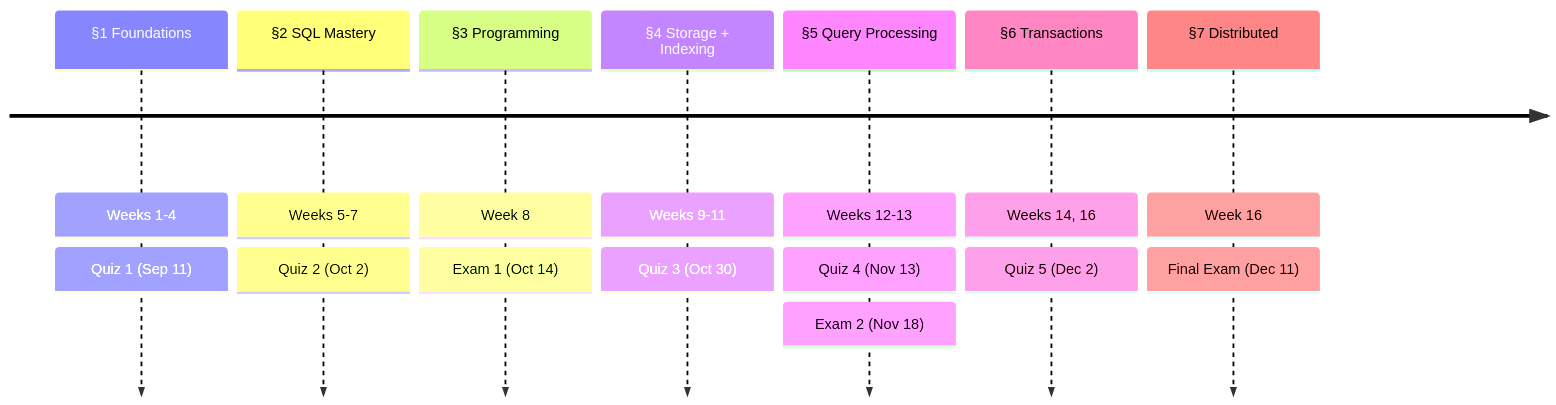
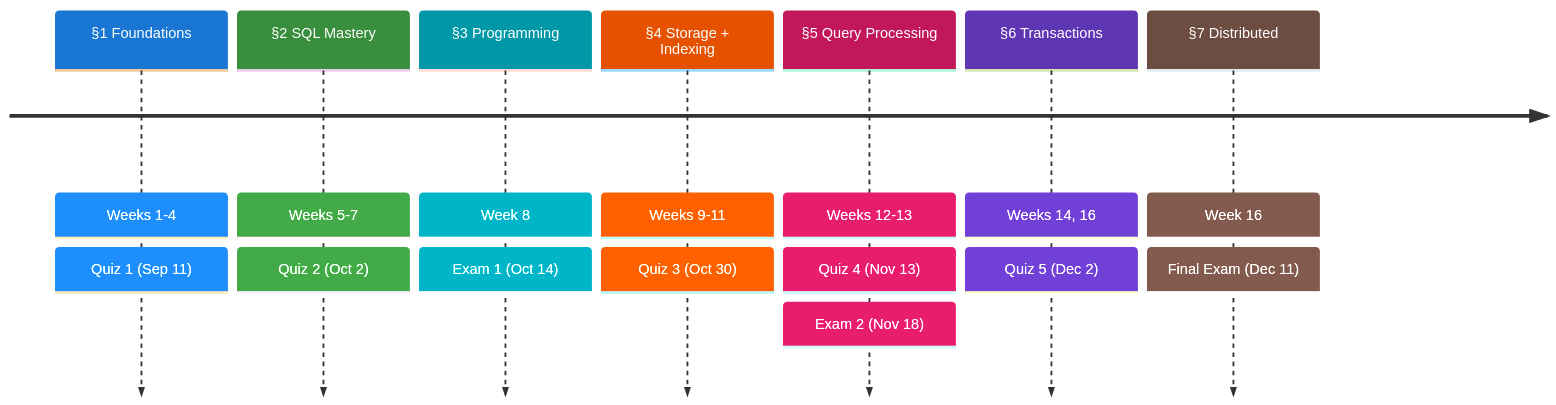
The second of 5 diagrams in lecture-outlines/day1-introduction/slides.md (ufdatastudio/cop5725fa26), drawn with Mermaid before and after one commit. The commit also changed other lines of this file and 4 other files, not shown here.

First line of the commit message:
docs: revise day 1 deck and color the history timelines

````diff
--- a/lecture-outlines/day1-introduction/slides.md
+++ b/lecture-outlines/day1-introduction/slides.md
@@ -211,10 +242,19 @@
 ```mermaid
+%%{init: {'theme':'base', 'themeVariables': {
+  'cScale0':'#1976d2', 'cScaleLabel0':'#ffffff',
+  'cScale1':'#388e3c', 'cScaleLabel1':'#ffffff',
+  'cScale2':'#0097a7', 'cScaleLabel2':'#ffffff',
+  'cScale3':'#e65100', 'cScaleLabel3':'#ffffff',
+  'cScale4':'#c2185b', 'cScaleLabel4':'#ffffff',
+  'cScale5':'#5e35b2', 'cScaleLabel5':'#ffffff',
+  'cScale6':'#6d4c41', 'cScaleLabel6':'#ffffff'
+}}}%%
 timeline
   §1 Foundations : Weeks 1-4 : Quiz 1 (Sep 11)
   §2 SQL Mastery : Weeks 5-7 : Quiz 2 (Oct 2)
   §3 Programming : Week 8 : Exam 1 (Oct 14)
   §4 Storage + Indexing : Weeks 9-11 : Quiz 3 (Oct 30)
   §5 Query Processing : Weeks 12-13 : Quiz 4 (Nov 13) : Exam 2 (Nov 18)
   §6 Transactions : Weeks 14, 16 : Quiz 5 (Dec 2)
   §7 Distributed : Week 16 : Final Exam (Dec 11)
 ```
````
